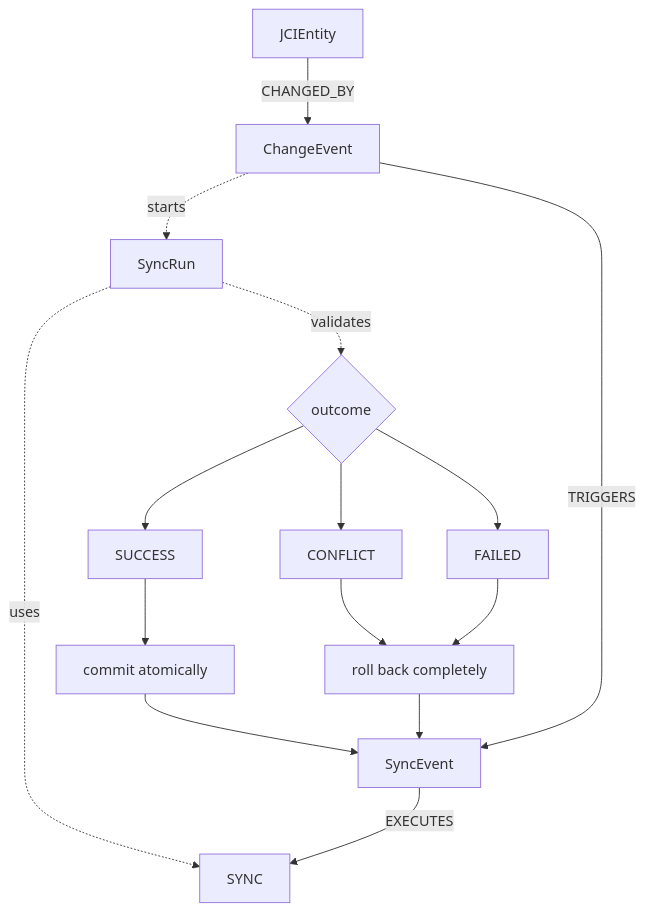
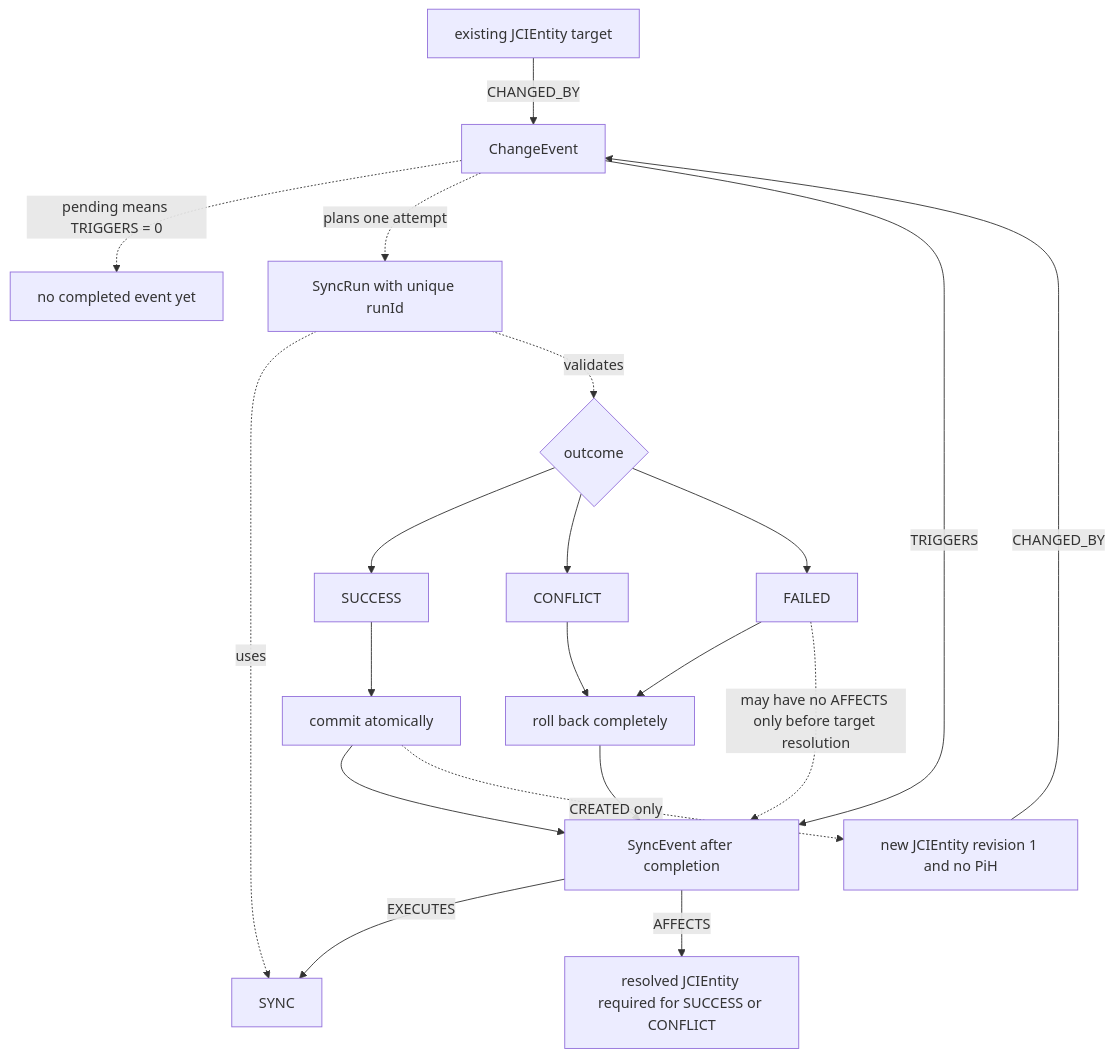
Before and after one commit to eeimicke/junaco-jci-loop: the diagram in docs/diagrams/sources/example-sync-outcomes.mmd, drawn with Mermaid. The commit also changed 29 other files, not shown here.

```diff
--- a/docs/diagrams/sources/example-sync-outcomes.mmd
+++ b/docs/diagrams/sources/example-sync-outcomes.mmd
@@ -1,15 +1,20 @@
 flowchart TD
-    Entity[JCIEntity] -->|CHANGED_BY| ChangeEvent
-    ChangeEvent -. starts .-> Run[SyncRun]
+    Entity[existing JCIEntity target] -->|CHANGED_BY| ChangeEvent
+    ChangeEvent -. pending means TRIGGERS = 0 .-> Pending[no completed event yet]
+    ChangeEvent -. plans one attempt .-> Run[SyncRun with unique runId]
     Run -. uses .-> Definition[SYNC]
     Run -. validates .-> Decision{outcome}
     Decision --> Success[SUCCESS]
     Decision --> Conflict[CONFLICT]
     Decision --> Failed[FAILED]
     Success --> Apply[commit atomically]
     Conflict --> Rollback[roll back completely]
     Failed --> Rollback
     Apply --> Event[SyncEvent]
     Rollback --> Event
-    ChangeEvent -->|TRIGGERS| Event
+    ChangeEvent -->|TRIGGERS| Event[SyncEvent after completion]
     Event -->|EXECUTES| Definition
+    Event -->|AFFECTS| Affected[resolved JCIEntity required for SUCCESS or CONFLICT]
+    Failed -. may have no AFFECTS only before target resolution .-> Event
+    Apply -. CREATED only .-> NewEntity[new JCIEntity revision 1 and no PiH]
+    NewEntity -->|CHANGED_BY| ChangeEvent
```
